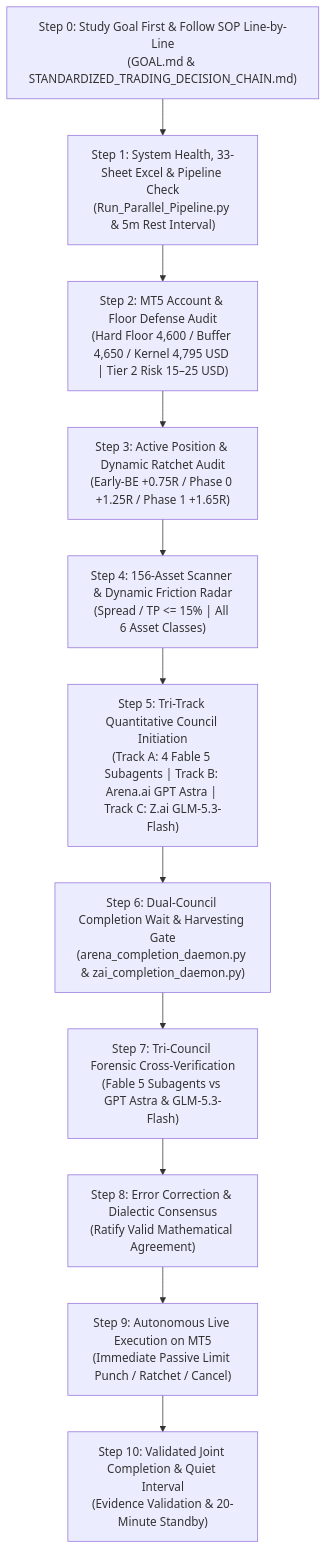
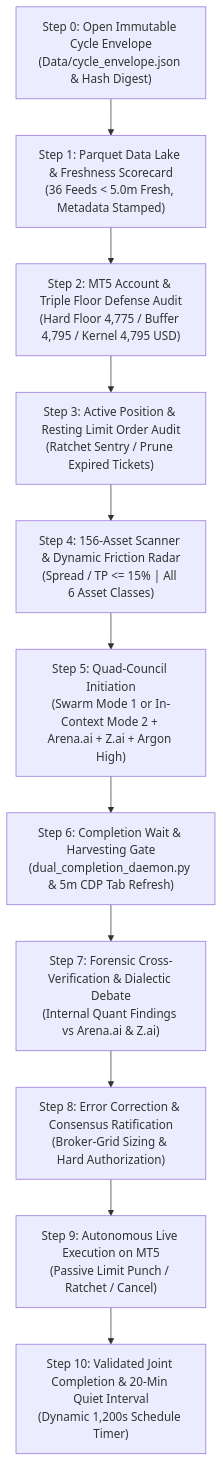
One commit to kbsingh1399/Trading_2 changed the diagram in docs/specs/AUTONOMOUS_WAKEUP_CHECKLIST.md. Above: the diagram before and after it, drawn with Mermaid. The commit also changed other lines of this file and 3 other files, not shown here.

Commit message:
feat(sync): autonomous 5-minute workspace sync [as_of 2026-10-26 21:15:52 UTC]

````diff
--- a/docs/specs/AUTONOMOUS_WAKEUP_CHECKLIST.md
+++ b/docs/specs/AUTONOMOUS_WAKEUP_CHECKLIST.md
@@ -145,12 +116,12 @@
 ```mermaid
 flowchart TD
-    S0["Step 0: Study Goal First & Follow SOP Line-by-Line<br/>(GOAL.md & STANDARDIZED_TRADING_DECISION_CHAIN.md)"] --> S1["Step 1: System Health, 33-Sheet Excel & Pipeline Check<br/>(Run_Parallel_Pipeline.py & 5m Rest Interval)"] --> S2["Step 2: MT5 Account & Floor Defense Audit<br/>(Hard Floor 4,600 / Buffer 4,650 / Kernel 4,795 USD | Tier 2 Risk 15–25 USD)"]
-    S2 --> S3["Step 3: Active Position & Dynamic Ratchet Audit<br/>(Early-BE +0.75R / Phase 0 +1.25R / Phase 1 +1.65R)"]
+    S0["Step 0: Open Immutable Cycle Envelope<br/>(Data/cycle_envelope.json & Hash Digest)"] --> S1["Step 1: Parquet Data Lake & Freshness Scorecard<br/>(36 Feeds < 5.0m Fresh, Metadata Stamped)"] --> S2["Step 2: MT5 Account & Triple Floor Defense Audit<br/>(Hard Floor 4,775 / Buffer 4,795 / Kernel 4,795 USD)"]
+    S2 --> S3["Step 3: Active Position & Resting Limit Order Audit<br/>(Ratchet Sentry / Prune Expired Tickets)"]
     S3 --> S4["Step 4: 156-Asset Scanner & Dynamic Friction Radar<br/>(Spread / TP <= 15% | All 6 Asset Classes)"]
-    S4 --> S5["Step 5: Tri-Track Quantitative Council Initiation<br/>(Track A: 4 Fable 5 Subagents | Track B: Arena.ai GPT Astra | Track C: Z.ai GLM-5.3-Flash)"]
-    S5 --> S6["Step 6: Dual-Council Completion Wait & Harvesting Gate<br/>(arena_completion_daemon.py & zai_completion_daemon.py)"]
-    S6 --> S7["Step 7: Tri-Council Forensic Cross-Verification<br/>(Fable 5 Subagents vs GPT Astra & GLM-5.3-Flash)"]
-    S8 --> S9["Step 9: Autonomous Live Execution on MT5<br/>(Immediate Passive Limit Punch / Ratchet / Cancel)"]
-    S7 --> S8["Step 8: Error Correction & Dialectic Consensus<br/>(Ratify Valid Mathematical Agreement)"]
-    S9 --> S10["Step 10: Validated Joint Completion & Quiet Interval<br/>(Evidence Validation & 20-Minute Standby)"]
+    S4 --> S5["Step 5: Quad-Council Initiation<br/>(Swarm Mode 1 or In-Context Mode 2 + Arena.ai + Z.ai + Argon High)"]
+    S5 --> S6["Step 6: Completion Wait & Harvesting Gate<br/>(dual_completion_daemon.py & 5m CDP Tab Refresh)"]
+    S6 --> S7["Step 7: Forensic Cross-Verification & Dialectic Debate<br/>(Internal Quant Findings vs Arena.ai & Z.ai)"]
+    S7 --> S8["Step 8: Error Correction & Consensus Ratification<br/>(Broker-Grid Sizing & Hard Authorization)"]
+    S8 --> S9["Step 9: Autonomous Live Execution on MT5<br/>(Passive Limit Punch / Ratchet / Cancel)"]
+    S9 --> S10["Step 10: Validated Joint Completion & 20-Min Quiet Interval<br/>(Dynamic 1,200s Schedule Timer)"]
 ```
````
